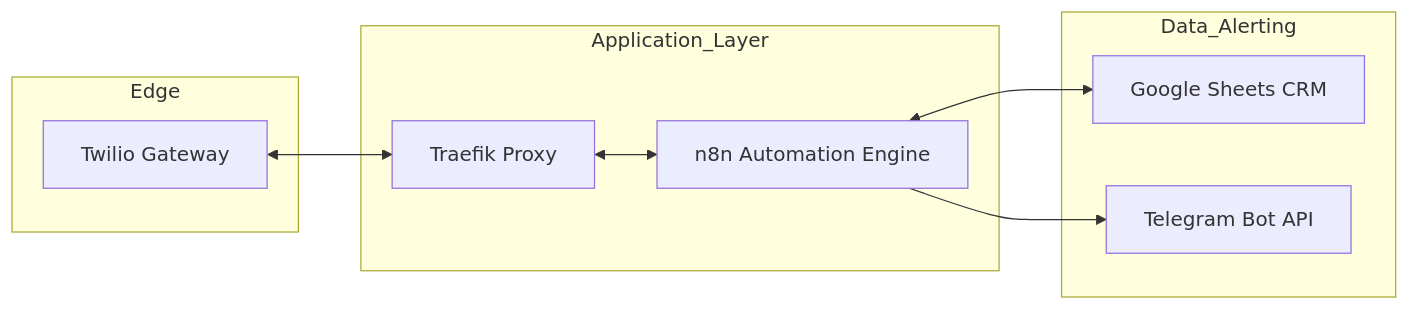
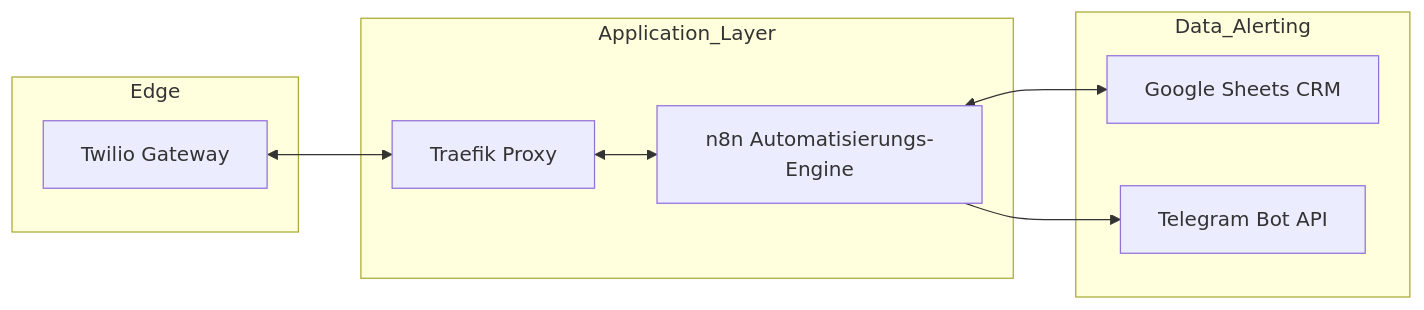
Before and after one commit to avion23/meisteranruf-backend: the third of 9 diagrams in ARCHITECTURE.md, drawn with Mermaid. The commit also changed other lines of this file and 3 other files, not shown here.

````diff
--- a/ARCHITECTURE.md
+++ b/ARCHITECTURE.md
@@ -94,21 +94,21 @@
 ```mermaid
 graph LR
     subgraph Edge
         T[Twilio Gateway]
     end
     
     subgraph Application_Layer
         TR[Traefik Proxy]
-        N[n8n Automation Engine]
+        N[n8n Automatisierungs-Engine]
     end
     
     subgraph Data_Alerting
         GS[Google Sheets CRM]
         TG[Telegram Bot API]
     end
 
     T <--> TR
     TR <--> N
     N <--> GS
     N --> TG
 ```
````
